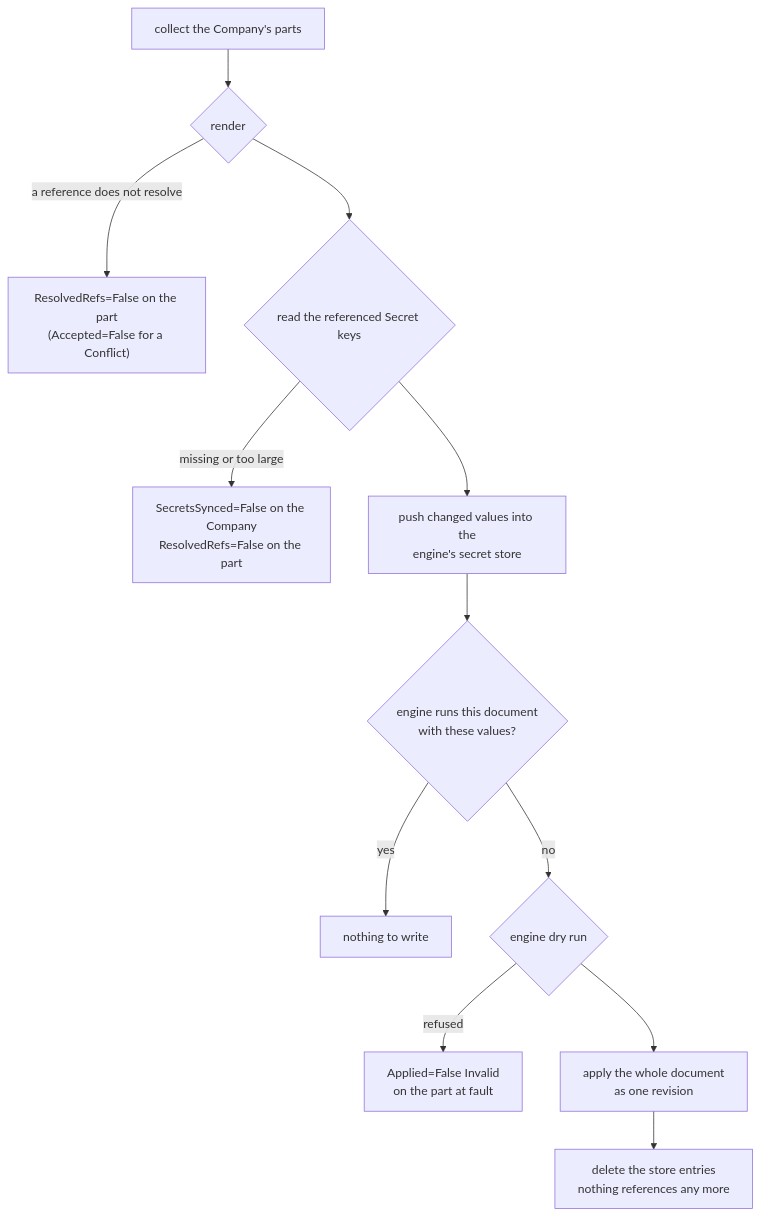
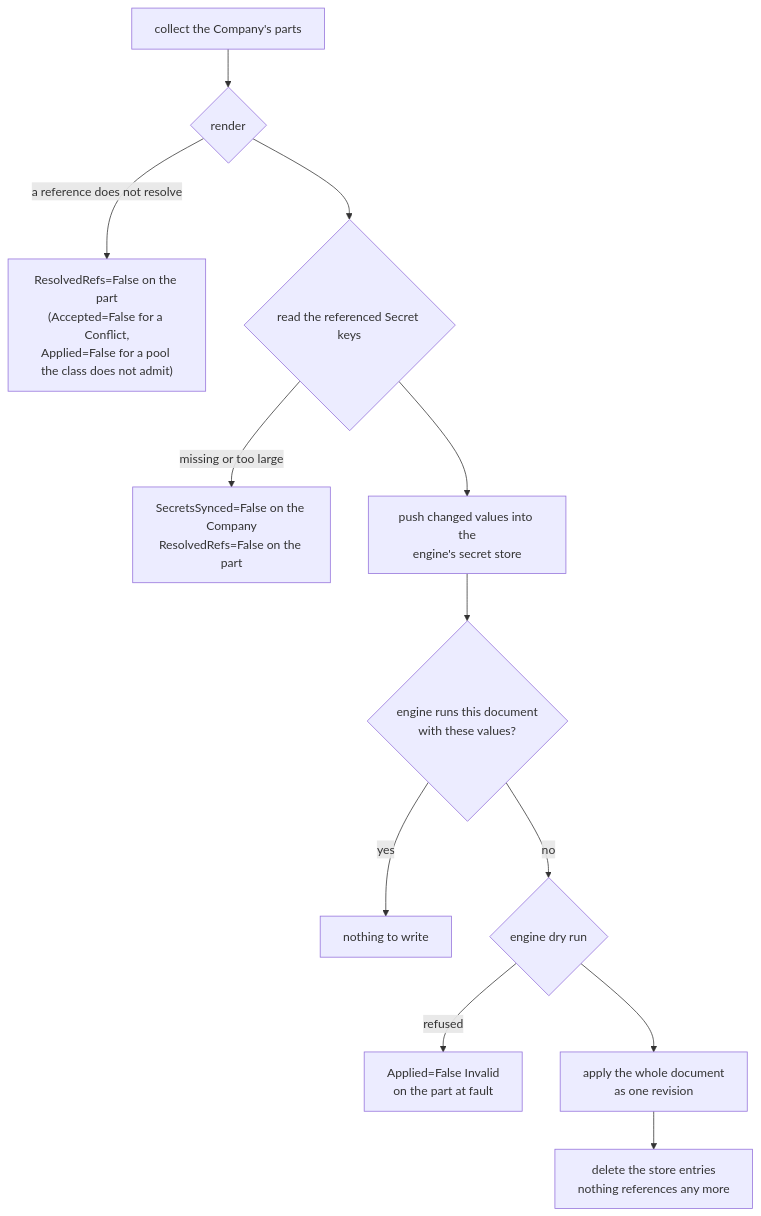
The diagram in docs/concepts/applying.md (crewlet/crewlet-operator), drawn with Mermaid before and after one commit. The commit also changed other lines of this file and 5 other files, not shown here.

First line of the commit message:
feat(controller): report a seat its class will not run on Applied

````diff
--- a/docs/concepts/applying.md
+++ b/docs/concepts/applying.md
@@ -41,14 +41,14 @@
 ```mermaid
 flowchart TD
     collect["collect the Company's parts"] --> rendered{"render"}
-    rendered -- "a reference does not resolve" --> refs["ResolvedRefs=False on the part<br/>(Accepted=False for a Conflict)"]
+    rendered -- "a reference does not resolve" --> refs["ResolvedRefs=False on the part<br/>(Accepted=False for a Conflict,<br/>Applied=False for a pool the class does not admit)"]
     rendered --> secrets{"read the referenced Secret keys"}
     secrets -- "missing or too large" --> missing["SecretsSynced=False on the Company<br/>ResolvedRefs=False on the part"]
     secrets --> push["push changed values into the<br/>engine's secret store"]
     push --> same{"engine runs this document<br/>with these values?"}
     same -- yes --> done["nothing to write"]
     same -- no --> dry{"engine dry run"}
     dry -- refused --> invalid["Applied=False Invalid<br/>on the part at fault"]
     dry --> apply["apply the whole document<br/>as one revision"]
     apply --> gc["delete the store entries<br/>nothing references any more"]
 ```
````
